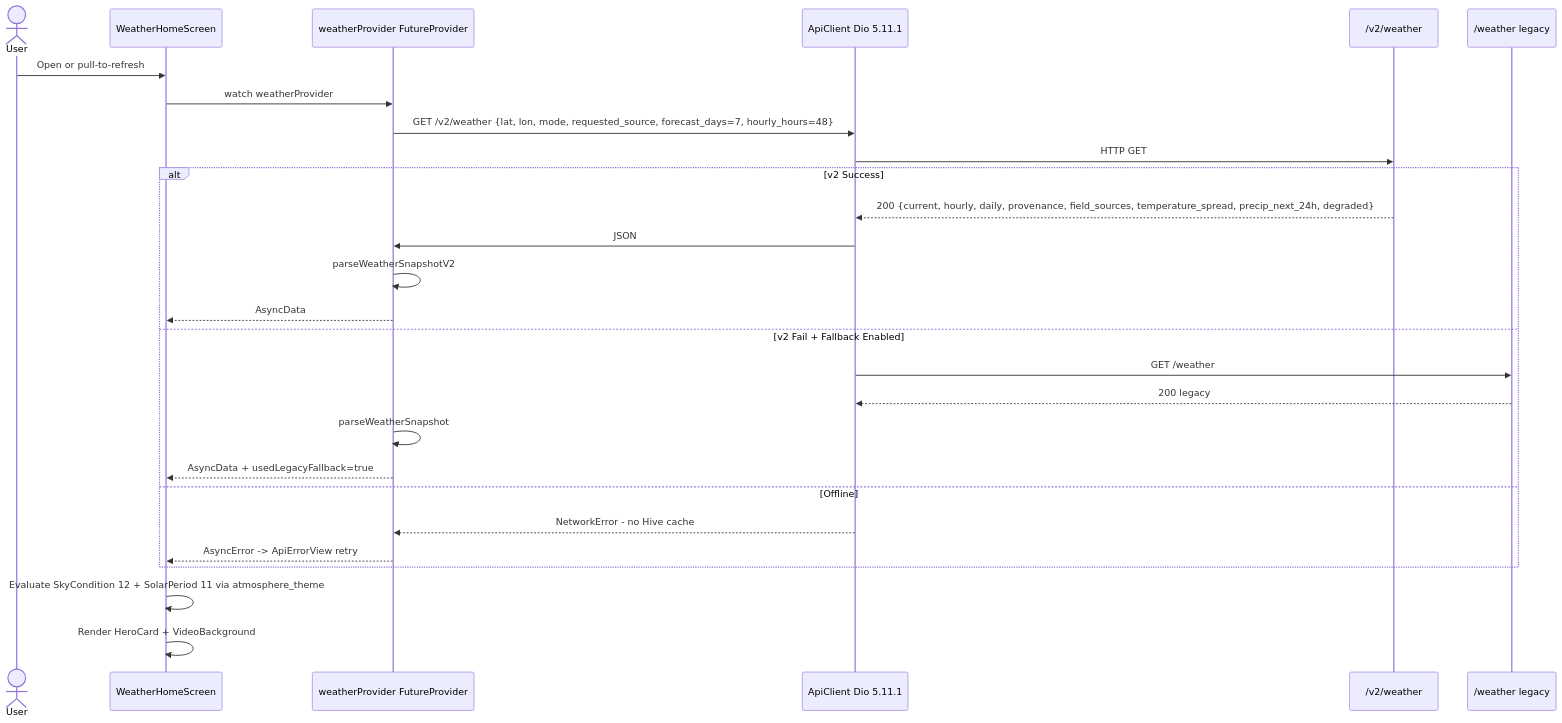
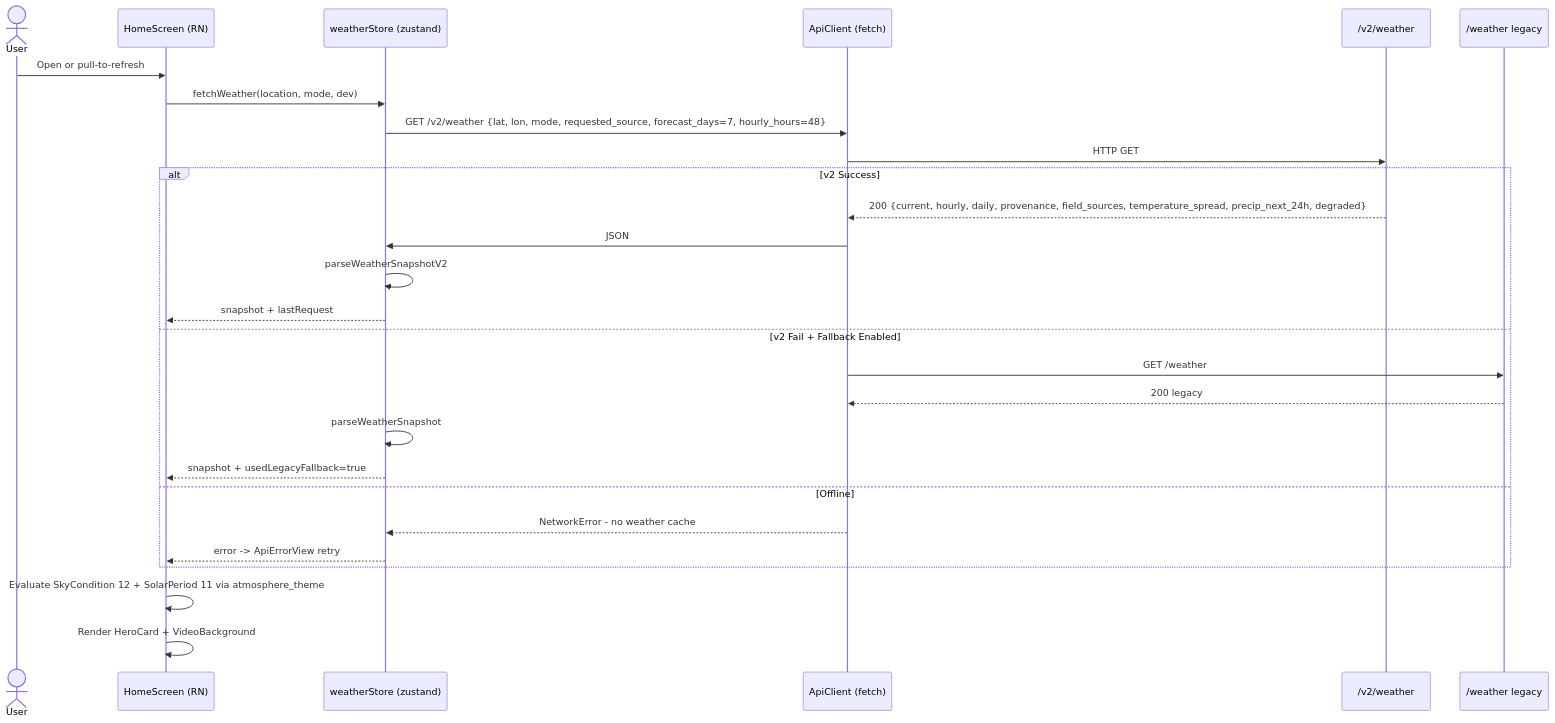
The fourth of 7 diagrams in ARCHITECTURE.md (omsenjalia/weathergpt-app), drawn with Mermaid before and after one commit. The commit also changed other lines of this file and 326 other files, not shown here.

````diff
--- a/ARCHITECTURE.md
+++ b/ARCHITECTURE.md
@@ -411,32 +384,32 @@
 ```mermaid
 sequenceDiagram
     actor User
-    participant App as WeatherHomeScreen
-    participant Prov as weatherProvider FutureProvider
-    participant Client as ApiClient Dio 5.11.1
+    participant App as HomeScreen (RN)
+    participant Store as weatherStore (zustand)
+    participant Client as ApiClient (fetch)
     participant APIv2 as /v2/weather
     participant API as /weather legacy
 
     User->>App: Open or pull-to-refresh
-    App->>Prov: watch weatherProvider
-    Prov->>Client: GET /v2/weather {lat, lon, mode, requested_source, forecast_days=7, hourly_hours=48}
+    App->>Store: fetchWeather(location, mode, dev)
+    Store->>Client: GET /v2/weather {lat, lon, mode, requested_source, forecast_days=7, hourly_hours=48}
     Client->>APIv2: HTTP GET
 
     alt v2 Success
         APIv2-->>Client: 200 {current, hourly, daily, provenance, field_sources, temperature_spread, precip_next_24h, degraded}
-        Client->>Prov: JSON
-        Prov->>Prov: parseWeatherSnapshotV2
-        Prov-->>App: AsyncData
+        Client->>Store: JSON
+        Store->>Store: parseWeatherSnapshotV2
+        Store-->>App: snapshot + lastRequest
     else v2 Fail + Fallback Enabled
         Client->>API: GET /weather
         API-->>Client: 200 legacy
-        Prov->>Prov: parseWeatherSnapshot
-        Prov-->>App: AsyncData + usedLegacyFallback=true
+        Store->>Store: parseWeatherSnapshot
+        Store-->>App: snapshot + usedLegacyFallback=true
     else Offline
-        Client-->>Prov: NetworkError - no Hive cache
-        Prov-->>App: AsyncError -> ApiErrorView retry
+        Client-->>Store: NetworkError - no weather cache
+        Store-->>App: error -> ApiErrorView retry
     end
 
     App->>App: Evaluate SkyCondition 12 + SolarPeriod 11 via atmosphere_theme
     App->>App: Render HeroCard + VideoBackground
 ```
````
